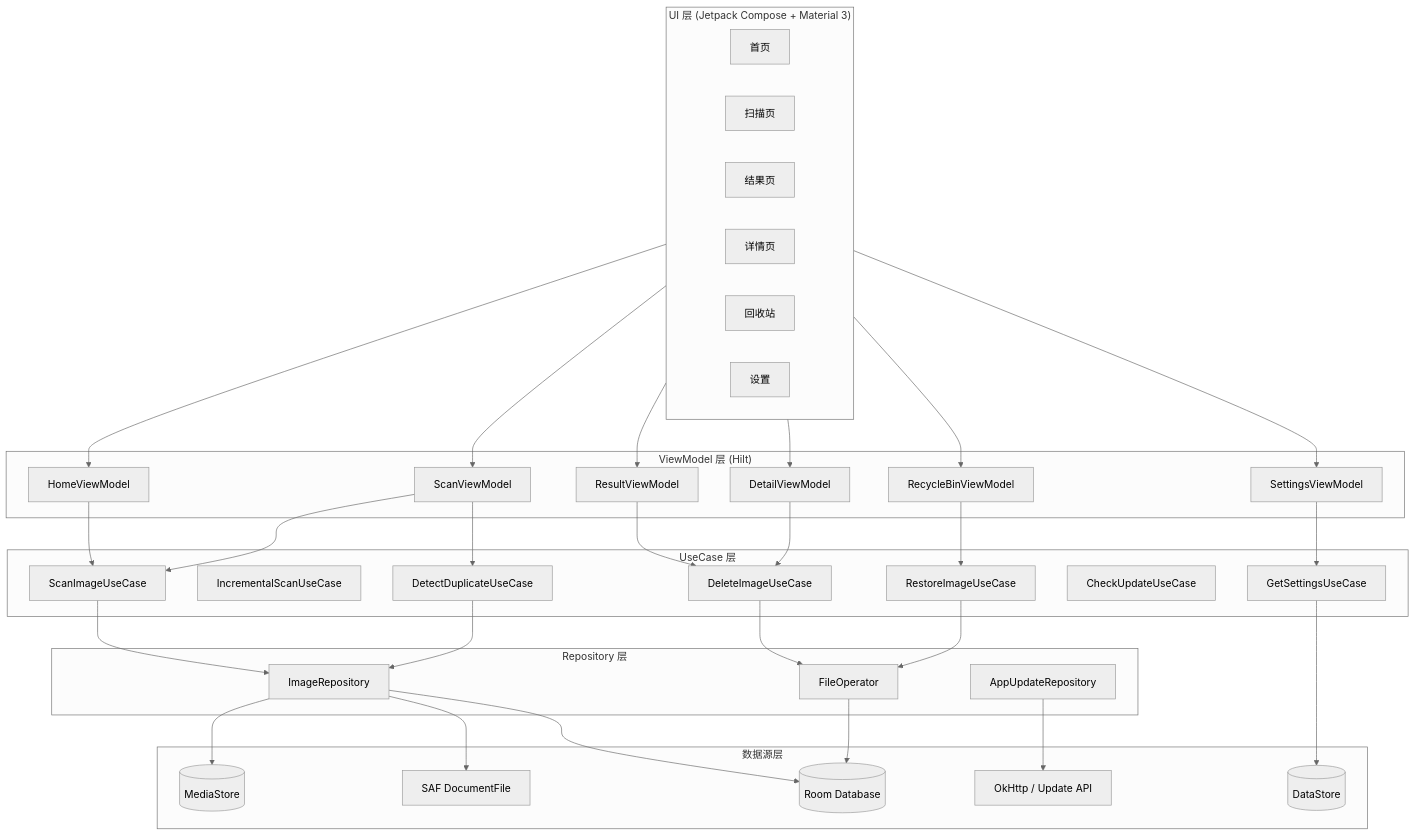
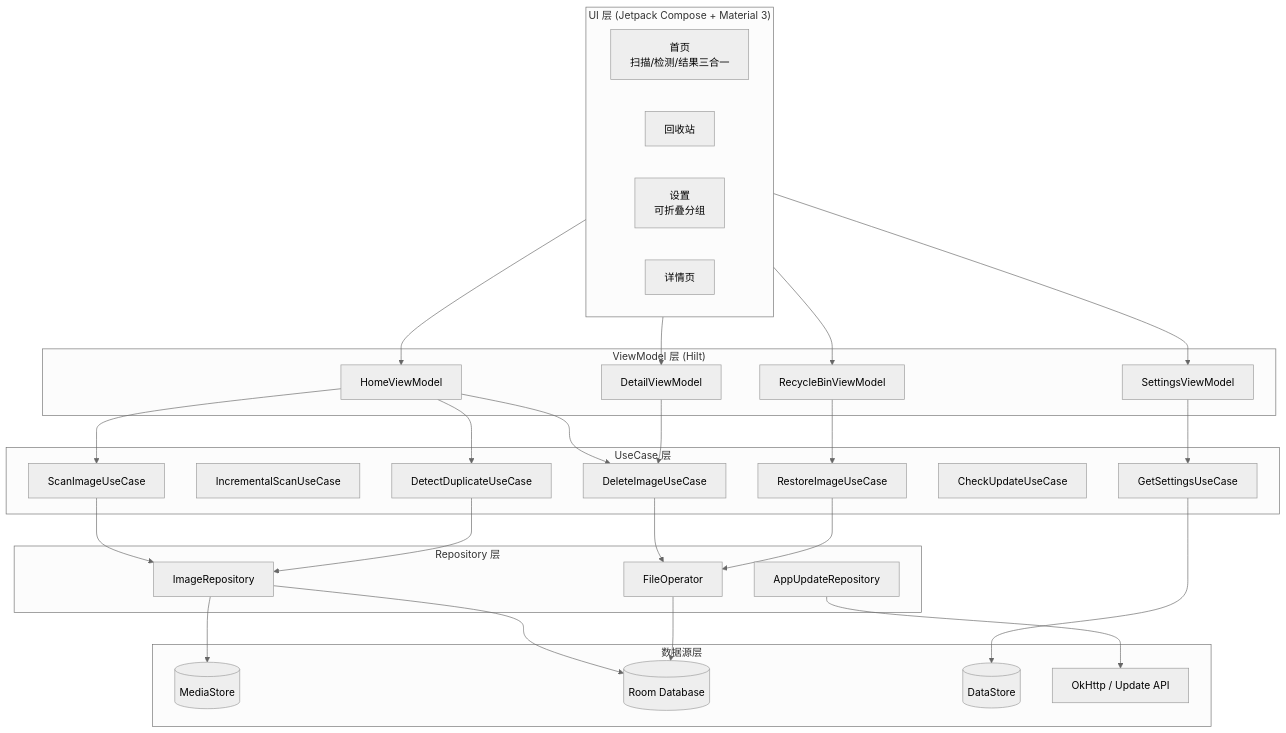
The first of 6 diagrams in README.md (PingWangWang/MediaCleaner), drawn with Mermaid (neutral theme) before and after one commit. The commit also changed other lines of this file and 3 other files, not shown here.

Commit message:
更新 README.md，修正模块数量描述；重构 AppNavGraph 和 HomeScreen，简化导航逻辑；优化 SettingsScreen 的设置组视图样式

````diff
--- a/README.md
+++ b/README.md
@@ -31,72 +31,63 @@
 ```mermaid
 graph TB
     subgraph UI["UI 层 (Jetpack Compose + Material 3)"]
         direction LR
-        Home[首页]
-        Scan[扫描页]
-        Result[结果页]
+        Home[首页<br/>扫描/检测/结果三合一]
+        Recycle[回收站]
+        Settings[设置<br/>可折叠分组]
         Detail[详情页]
-        Recycle[回收站]
-        Settings[设置]
     end
 
     subgraph ViewModel["ViewModel 层 (Hilt)"]
         HomeVM[HomeViewModel]
-        ScanVM[ScanViewModel]
-        ResultVM[ResultViewModel]
-        DetailVM[DetailViewModel]
         RecycleVM[RecycleBinViewModel]
         SettingsVM[SettingsViewModel]
+        DetailVM[DetailViewModel]
     end
 
     subgraph UseCase["UseCase 层"]
         ScanUC[ScanImageUseCase]
         IncrementalUC[IncrementalScanUseCase]
         DetectUC[DetectDuplicateUseCase]
         DeleteUC[DeleteImageUseCase]
         RestoreUC[RestoreImageUseCase]
         CheckUpdateUC[CheckUpdateUseCase]
         GetSettingsUC[GetSettingsUseCase]
     end
 
     subgraph Repository["Repository 层"]
         ImageRepo[ImageRepository]
         FileOp[FileOperator]
         UpdateRepo[AppUpdateRepository]
     end
 
     subgraph DataSource["数据源层"]
         MediaStore[(MediaStore)]
-        Saf[SAF DocumentFile]
         RoomDB[(Room Database)]
         DataStore[(DataStore)]
         OkHttp[OkHttp / Update API]
     end
 
     Home --> HomeVM
-    Scan --> ScanVM
-    Result --> ResultVM
-    Detail --> DetailVM
     Recycle --> RecycleVM
     Settings --> SettingsVM
+    Detail --> DetailVM
 
     HomeVM --> ScanUC
-    ScanVM --> ScanUC
-    ScanVM --> DetectUC
-    ResultVM --> DeleteUC
+    HomeVM --> DetectUC
+    HomeVM --> DeleteUC
     DetailVM --> DeleteUC
     RecycleVM --> RestoreUC
     SettingsVM --> GetSettingsUC
 
     ScanUC --> ImageRepo
     DetectUC --> ImageRepo
     DeleteUC --> FileOp
     RestoreUC --> FileOp
 
     ImageRepo --> MediaStore
-    ImageRepo --> Saf
     ImageRepo --> RoomDB
     FileOp --> RoomDB
     UpdateRepo --> OkHttp
     GetSettingsUC --> DataStore
 ```
````
